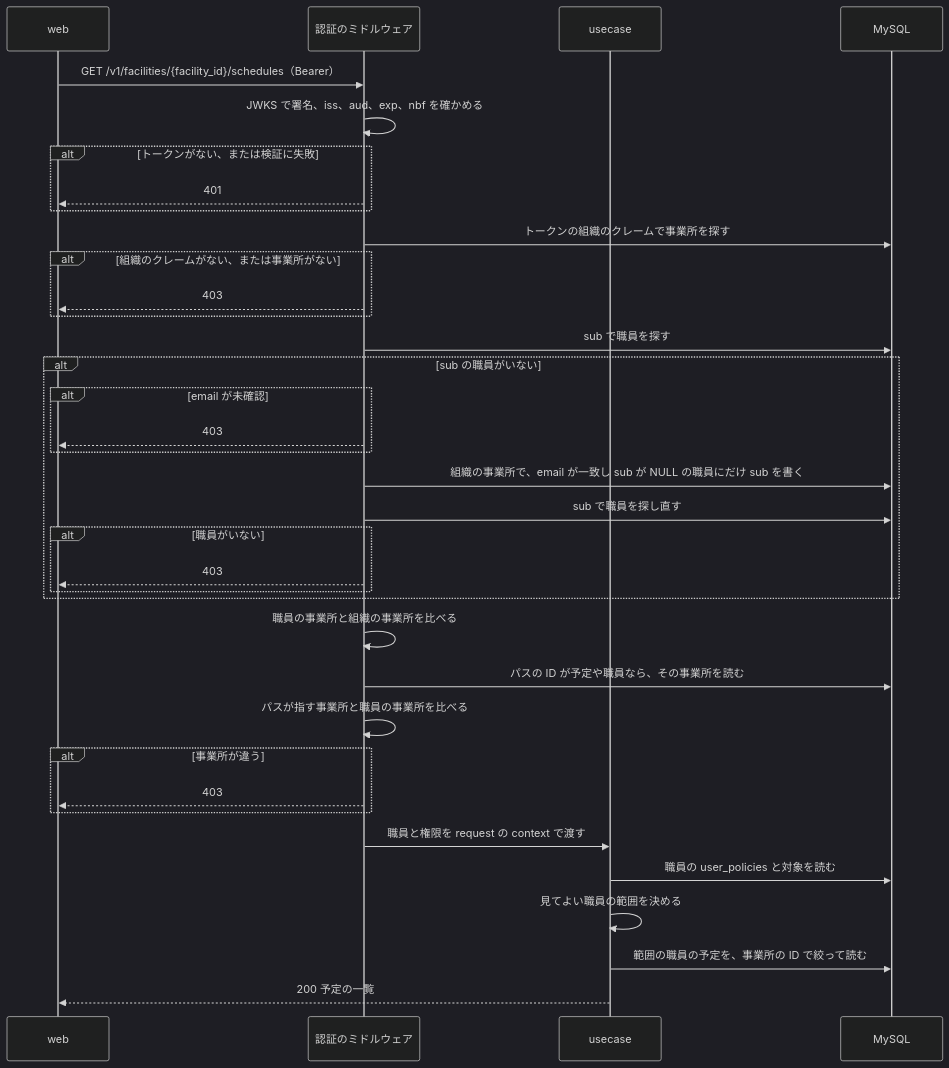
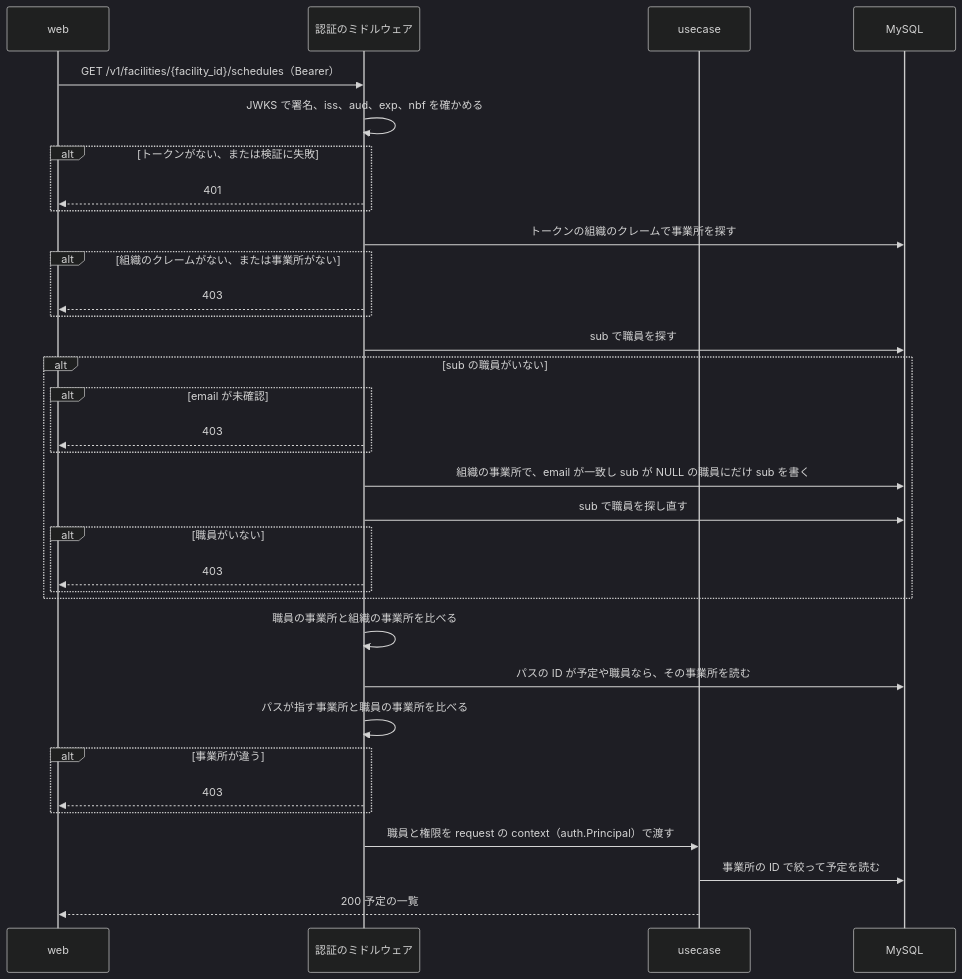
The second of 2 diagrams in apps/schedule-api/DesignDoc.md (Fukuemon/buddy), drawn with Mermaid (dark theme) before and after one commit. The commit also changed other lines of this file and 1 other file, not shown here.

````diff
--- a/apps/schedule-api/DesignDoc.md
+++ b/apps/schedule-api/DesignDoc.md
@@ -227,39 +230,37 @@
 ```mermaid
 sequenceDiagram
   participant W as web
   participant M as 認証のミドルウェア
   participant U as usecase
   participant DB as MySQL
 
   W->>M: GET /v1/facilities/{facility_id}/schedules（Bearer）
   M->>M: JWKS で署名、iss、aud、exp、nbf を確かめる
   alt トークンがない、または検証に失敗
     M-->>W: 401
   end
   M->>DB: トークンの組織のクレームで事業所を探す
   alt 組織のクレームがない、または事業所がない
     M-->>W: 403
   end
   M->>DB: sub で職員を探す
   alt sub の職員がいない
     alt email が未確認
       M-->>W: 403
     end
     M->>DB: 組織の事業所で、email が一致し sub が NULL の職員にだけ sub を書く
     M->>DB: sub で職員を探し直す
     alt 職員がいない
       M-->>W: 403
     end
   end
   M->>M: 職員の事業所と組織の事業所を比べる
   M->>DB: パスの ID が予定や職員なら、その事業所を読む
   M->>M: パスが指す事業所と職員の事業所を比べる
   alt 事業所が違う
     M-->>W: 403
   end
-  M->>U: 職員と権限を request の context で渡す
-  U->>DB: 職員の user_policies と対象を読む
-  U->>U: 見てよい職員の範囲を決める
-  U->>DB: 範囲の職員の予定を、事業所の ID で絞って読む
+  M->>U: 職員と権限を request の context（auth.Principal）で渡す
+  U->>DB: 事業所の ID で絞って予定を読む
   U-->>W: 200 予定の一覧
 ```
````
